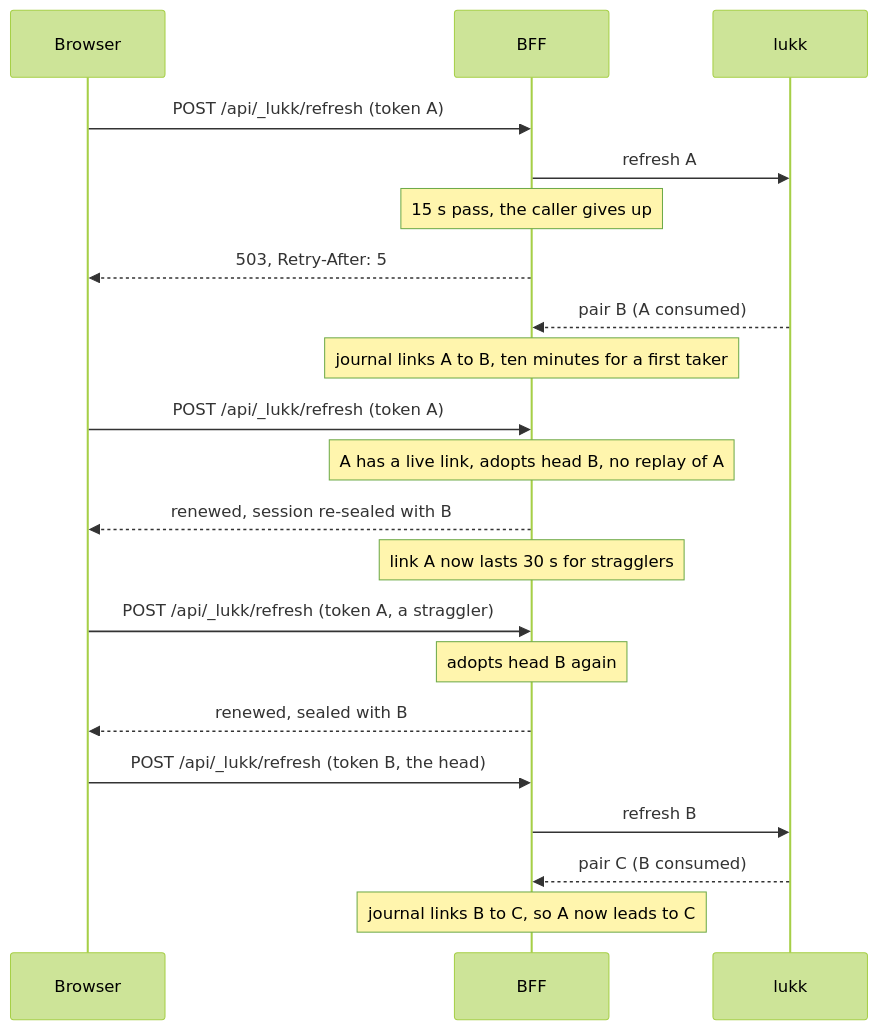
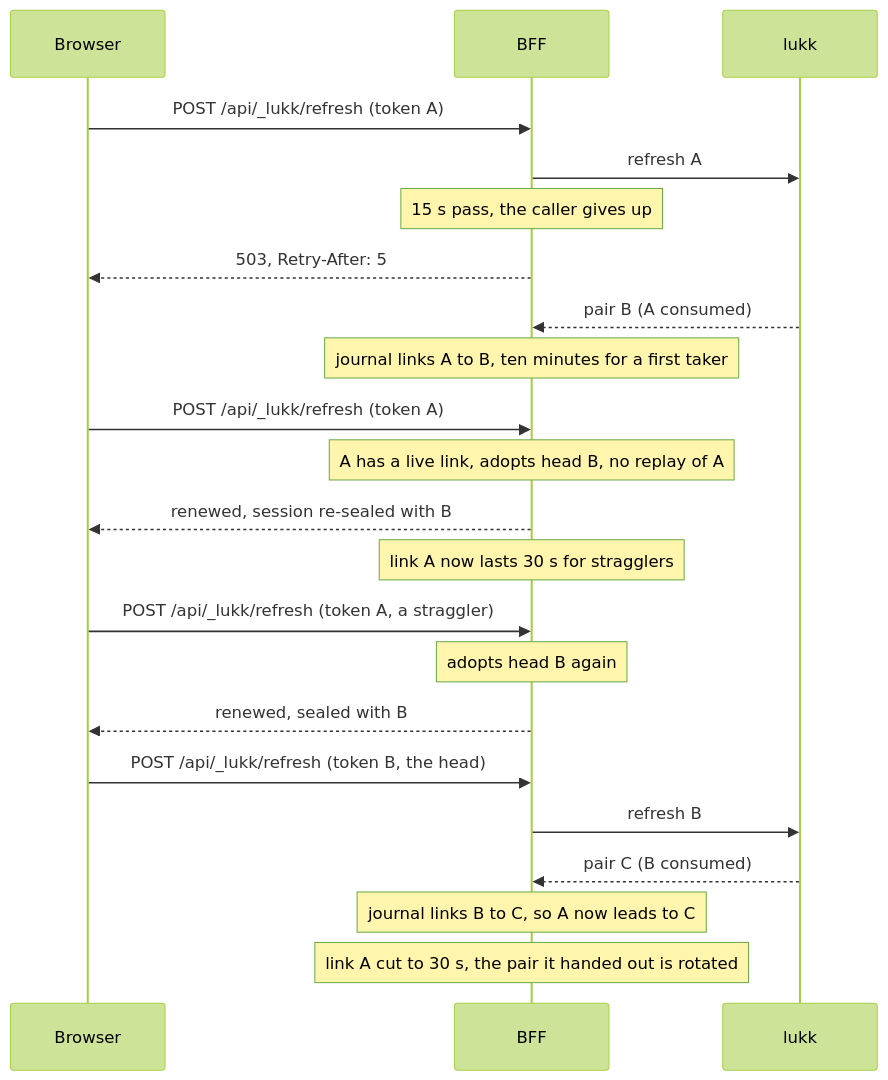
Before and after one commit to stsepelin/lukk-docs: the third of 3 diagrams in docs/transport-modes.md, drawn with Mermaid (forest theme). The commit also changed other lines of this file and 3 other files, not shown here.

````diff
--- a/docs/transport-modes.md
+++ b/docs/transport-modes.md
@@ -84,23 +85,24 @@
 ```mermaid
 sequenceDiagram
     participant B as Browser
     participant P as BFF
     participant L as lukk
     B->>P: POST /api/_lukk/refresh (token A)
     P->>L: refresh A
     Note over P: 15 s pass, the caller gives up
     P-->>B: 503, Retry-After: 5
     L-->>P: pair B (A consumed)
     Note over P: journal links A to B, ten minutes for a first taker
     B->>P: POST /api/_lukk/refresh (token A)
     Note over P: A has a live link, adopts head B, no replay of A
     P-->>B: renewed, session re-sealed with B
     Note over P: link A now lasts 30 s for stragglers
     B->>P: POST /api/_lukk/refresh (token A, a straggler)
     Note over P: adopts head B again
     P-->>B: renewed, sealed with B
     B->>P: POST /api/_lukk/refresh (token B, the head)
     P->>L: refresh B
     L-->>P: pair C (B consumed)
     Note over P: journal links B to C, so A now leads to C
+    Note over P: link A cut to 30 s, the pair it handed out is rotated
 ```
````
